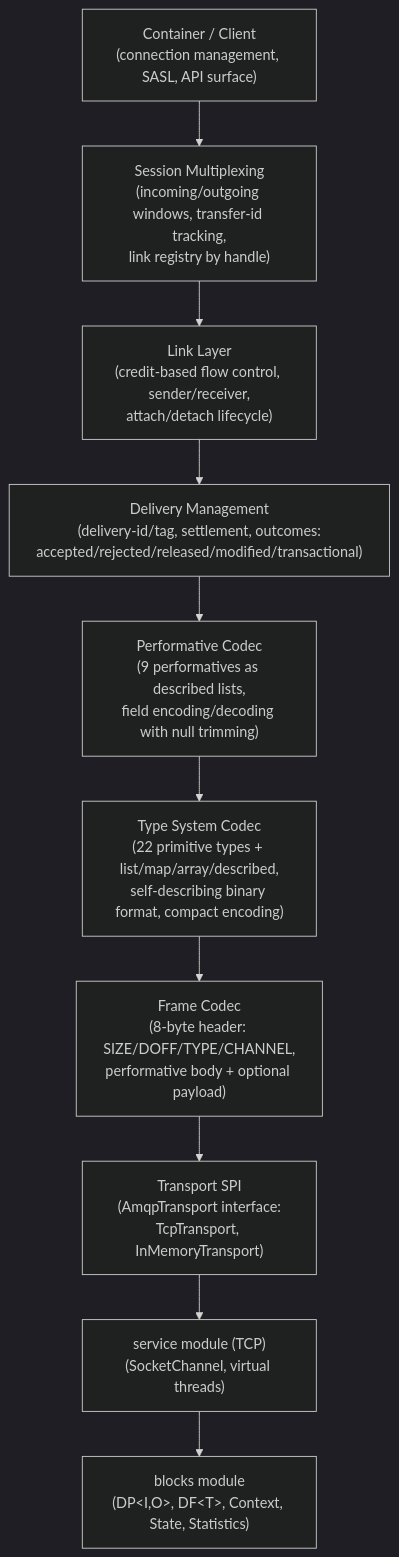
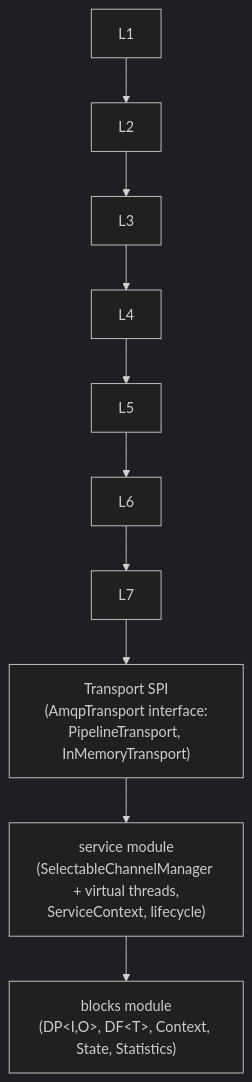
One commit to 000ssg/lego-flow changed the first of 10 diagrams in messaging/amqp/doc/ARCHITECTURE.md. Above: the diagram before and after it, drawn with Mermaid (dark theme). The commit also changed other lines of this file and 2138 other files, not shown here.

````diff
--- a/messaging/amqp/doc/ARCHITECTURE.md
+++ b/messaging/amqp/doc/ARCHITECTURE.md
@@ -13,15 +13,8 @@
 ```mermaid
 graph TD
-    L1["Container / Client<br/>(connection management, SASL, API surface)"]
-    L2["Session Multiplexing<br/>(incoming/outgoing windows, transfer-id tracking,<br/>link registry by handle)"]
-    L3["Link Layer<br/>(credit-based flow control, sender/receiver,<br/>attach/detach lifecycle)"]
-    L4["Delivery Management<br/>(delivery-id/tag, settlement, outcomes:<br/>accepted/rejected/released/modified/transactional)"]
-    L5["Performative Codec<br/>(9 performatives as described lists,<br/>field encoding/decoding with null trimming)"]
-    L6["Type System Codec<br/>(22 primitive types + list/map/array/described,<br/>self-describing binary format, compact encoding)"]
-    L7["Frame Codec<br/>(8-byte header: SIZE/DOFF/TYPE/CHANNEL,<br/>performative body + optional payload)"]
-    L8["Transport SPI<br/>(AmqpTransport interface:<br/>TcpTransport, InMemoryTransport)"]
-    L9["service module (TCP)<br/>(SocketChannel, virtual threads)"]
+    L8["Transport SPI<br/>(AmqpTransport interface:<br/>PipelineTransport, InMemoryTransport)"]
+    L9["service module<br/>(SelectableChannelManager + virtual threads,<br/>ServiceContext, lifecycle)"]
     L10["blocks module<br/>(DP&lt;I,O&gt;, DF&lt;T&gt;, Context, State, Statistics)"]
 
     L1 --> L2 --> L3 --> L4 --> L5 --> L6 --> L7 --> L8 --> L9 --> L10
 ```
````
